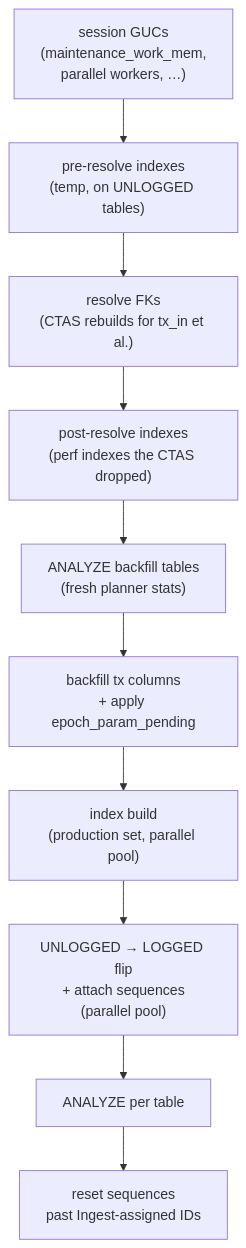
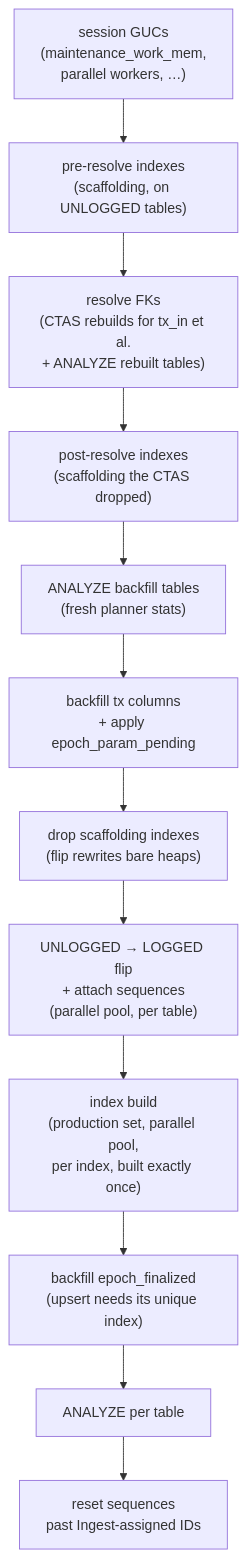
The diagram in docs/developers/phases/preparing.md (input-output-hk/dbsync), drawn with Mermaid before and after one commit. The commit also changed other lines of this file and 23 other files, not shown here.

````diff
--- a/docs/developers/phases/preparing.md
+++ b/docs/developers/phases/preparing.md
@@ -32,16 +32,19 @@
 ```mermaid
 flowchart TD
     GUCs["session GUCs<br/>(maintenance_work_mem,<br/>parallel workers, …)"]
-    PreIdx["pre-resolve indexes<br/>(temp, on UNLOGGED tables)"]
-    Resolve["resolve FKs<br/>(CTAS rebuilds for tx_in et al.)"]
-    PostIdx["post-resolve indexes<br/>(perf indexes the CTAS dropped)"]
+    PreIdx["pre-resolve indexes<br/>(scaffolding, on UNLOGGED tables)"]
+    Resolve["resolve FKs<br/>(CTAS rebuilds for tx_in et al.<br/>+ ANALYZE rebuilt tables)"]
+    PostIdx["post-resolve indexes<br/>(scaffolding the CTAS dropped)"]
     Analyze1["ANALYZE backfill tables<br/>(fresh planner stats)"]
     Backfill["backfill tx columns<br/>+ apply epoch_param_pending"]
-    Build["index build<br/>(production set, parallel pool)"]
-    Flip["UNLOGGED → LOGGED flip<br/>+ attach sequences<br/>(parallel pool)"]
+    Drop["drop scaffolding indexes<br/>(flip rewrites bare heaps)"]
+    Flip["UNLOGGED → LOGGED flip<br/>+ attach sequences<br/>(parallel pool, per table)"]
+    Build["index build<br/>(production set, parallel pool,<br/>per index, built exactly once)"]
+    EpochFin["backfill epoch_finalized<br/>(upsert needs its unique index)"]
     Analyze2["ANALYZE per table"]
     Seq["reset sequences<br/>past Ingest-assigned IDs"]
 
     GUCs --> PreIdx --> Resolve --> PostIdx --> Analyze1
-    Analyze1 --> Backfill --> Build --> Flip --> Analyze2 --> Seq
+    Analyze1 --> Backfill --> Drop --> Flip --> Build
+    Build --> EpochFin --> Analyze2 --> Seq
 ```
````
